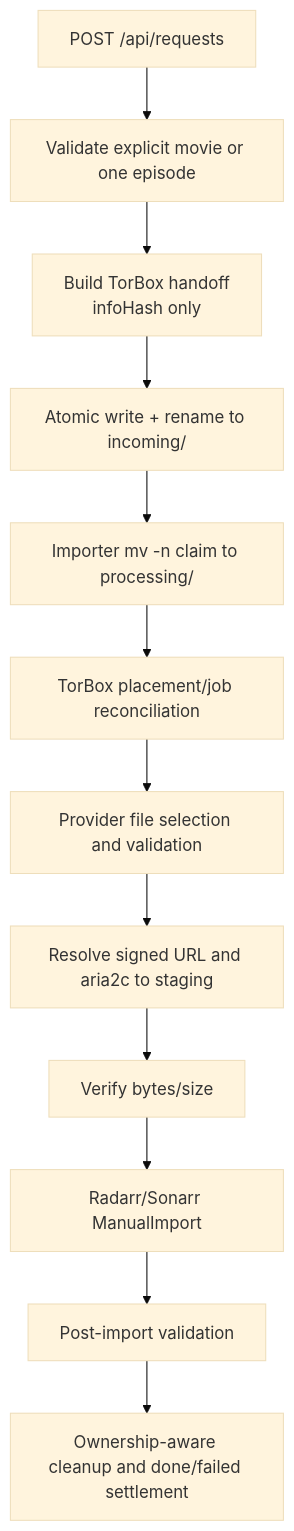
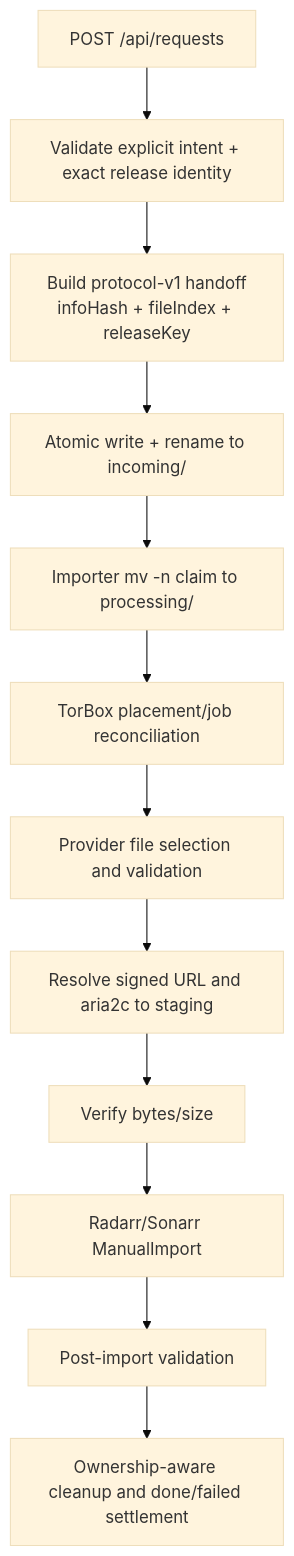
Before and after one commit to peedubyah/hashsucker: the second of 2 diagrams in docs/pipeline.md, drawn with Mermaid (base theme). The commit also changed other lines of this file and 48 other files, not shown here.

First line of the commit message:
feat: Stage 1 exact-release-identity slice

````diff
--- a/docs/pipeline.md
+++ b/docs/pipeline.md
@@ -74,14 +74,14 @@
 ```mermaid
 flowchart TD
-    A["POST /api/requests"] --> B["Validate explicit movie or one episode"]
-    B --> C["Build TorBox handoff\ninfoHash only"]
+    A["POST /api/requests"] --> B["Validate explicit intent + exact release identity"]
+    B --> C["Build protocol-v1 handoff\ninfoHash + fileIndex + releaseKey"]
     C --> D["Atomic write + rename to incoming/"]
     D --> E["Importer mv -n claim to processing/"]
     E --> F["TorBox placement/job reconciliation"]
     F --> G["Provider file selection and validation"]
     G --> H["Resolve signed URL and aria2c to staging"]
     H --> I["Verify bytes/size"]
     I --> J["Radarr/Sonarr ManualImport"]
     J --> K["Post-import validation"]
     K --> L["Ownership-aware cleanup and done/failed settlement"]
 ```
````
